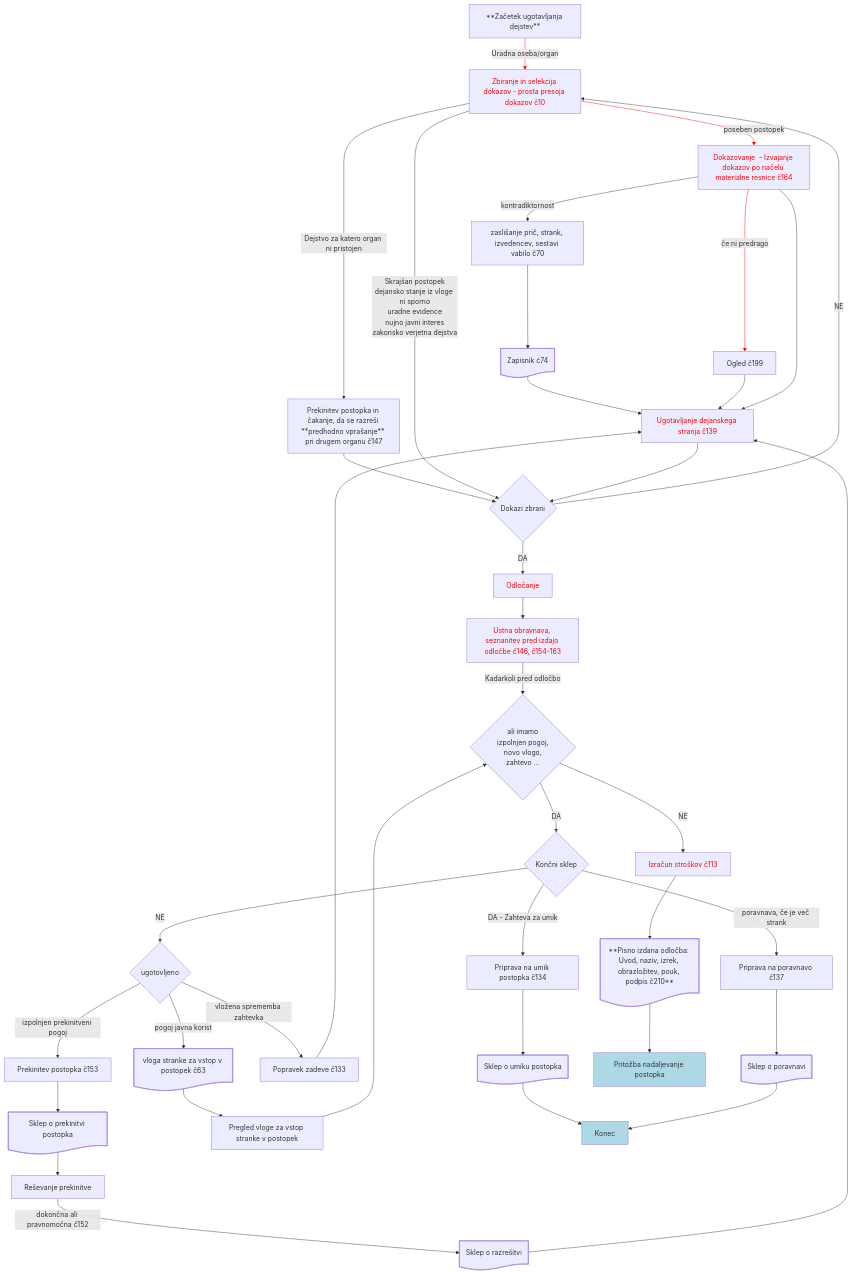
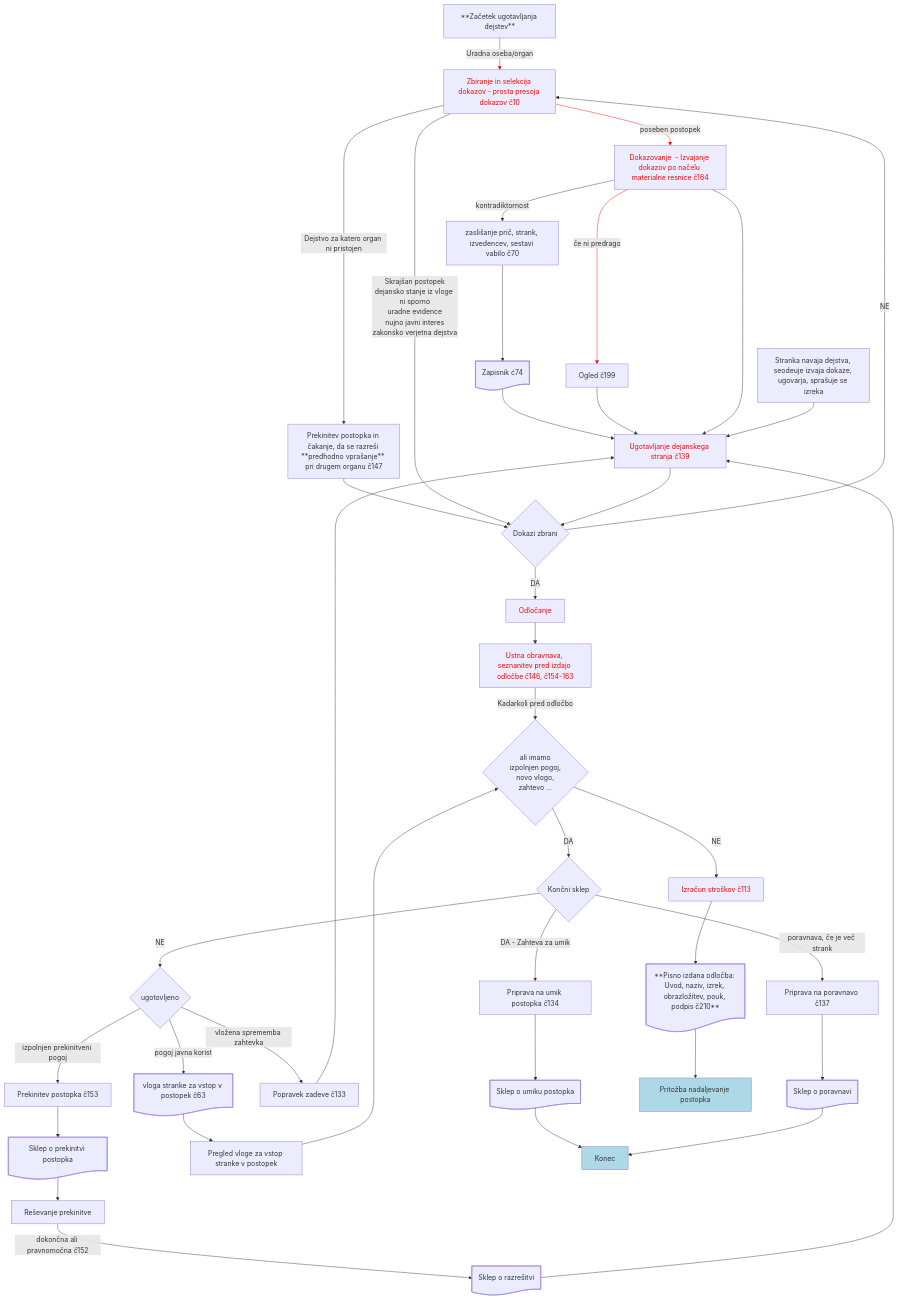
Before and after one commit to jernejiv/ZUP: the diagram in podprocesi/ZUP-Ugotavljanje.md, drawn with Mermaid.

Commit message:
Update ZUP-Ugotavljanje.md - stranka sodeluje pru ugotavljanju

````diff
--- a/podprocesi/ZUP-Ugotavljanje.md
+++ b/podprocesi/ZUP-Ugotavljanje.md
@@ -3,60 +3,61 @@
 ```mermaid
 flowchart
 ZU[**Začetek ugotavljanja dejstev**]
 ZU --> |Uradna oseba/organ| ZD[Zbiranje in selekcija dokazov - prosta presoja dokazov č10]
 ZD --> |poseben postopek| ID[Dokazovanje  - Izvajanje dokazov po načelu materialne resnice č164]
     ID --> |kontradiktornost| ZP[zaslišanje prič, strank, izvedencev, sestavi vabilo č70]
         ZP --> ZAP["Zapisnik ć74"]
         ZAP --> UDS
     ID --> |če ni predrago| OG[Ogled č199]
         OG --> UDS
     ID --> UDS[Ugotavljanje dejanskega stranja č139]
+    STRANKA[Stranka navaja dejstva, seodeuje izvaja dokaze, ugovarja, sprašuje se izreka] --> UDS
 ZD --> |Dejstvo za katero organ ni pristojen| PPPV[Prekinitev postopka in čakanje, da se razreši **predhodno vprašanje** pri drugem organu č147]
     PPPV --> DZ
 ZD --> |Skrajšan postopek<BR>dejansko stanje iz vloge ni sporno<BR>uradne evidence<BR>nujno javni interes<BR>zakonsko verjetna dejstva| DZ
 UDS --> DZ{Dokazi zbrani}
 DZ --> |DA| OD[Odločanje]
     OD --> UO[Ustna obravnava, seznanitev pred izdajo odločbe č146, č154-163]
 DZ --> |NE| ZD
     UO --> |Kadarkoli pred odločbo| KPO{ali imamo<BR> izpolnjen pogoj,<BR> novo vlogo,<BR> zahtevo ...}
 KPO --> |NE| IS[Izračun stroškov č113]
     IS --> ODL["**Pisno izdana odločba: Uvod, naziv, izrek, obrazložitev, pouk, podpis č210**"]
 KPO --> |DA| KPOKON{Končni sklep}
     KPOKON --> |DA - Zahteva za umik| UP[Priprava na umik postopka č134]
         UP --> S21["Sklep o umiku postopka"]
     KPOKON --> |poravnava, če je več strank| POR[Priprava na poravnavo č137]
         POR --> S22["Sklep o poravnavi"]
     KPOKON --> |NE| KPOU{ugotovljeno}
         KPOU --> |vložena sprememba zahtevka| SZ[Popravek zadeve č133]
             SZ --> UDS
         KPOU --> |izpolnjen prekinitveni pogoj| PRP[Prekinitev postopka č153]
             PRP --> S23["Sklep o prekinitvi postopka"]
             S23 --> RPREK[Reševanje prekinitve]
             RPREK --> |dokončna ali pravnomočna č152| S24["Sklep o razrešitvi"]
         KPOU --> |pogoj javna korist| VS@{shape: doc, label: "vloga stranke za vstop v postopek č63"}
             VS --> VSP[Pregled vloge za vstop stranke v postopek]
             VSP --> KPO
 S24 --> UDS
 S21 --> KON
 S22 --> KON
 KON[Konec]
 ODL --> NAD[Pritožba nadaljevanje postopka]
 S21@{shape: doc}
 S22@{shape: doc}
 S23@{shape: doc}
 S24@{shape: doc}
 ODL@{shape: doc}
 ZAP@{shape: doc}
 style KON fill:#add8e6
 style NAD fill:#add8e6
 style ZD color:red
 style ID color:red
 style UDS color:red
 style OD color:red
 style UO color:red
 style IS color:red
 linkStyle 0 stroke:red;
 linkStyle 1 stroke:red;
 linkStyle 5 stroke:red;
 
 ```
````
